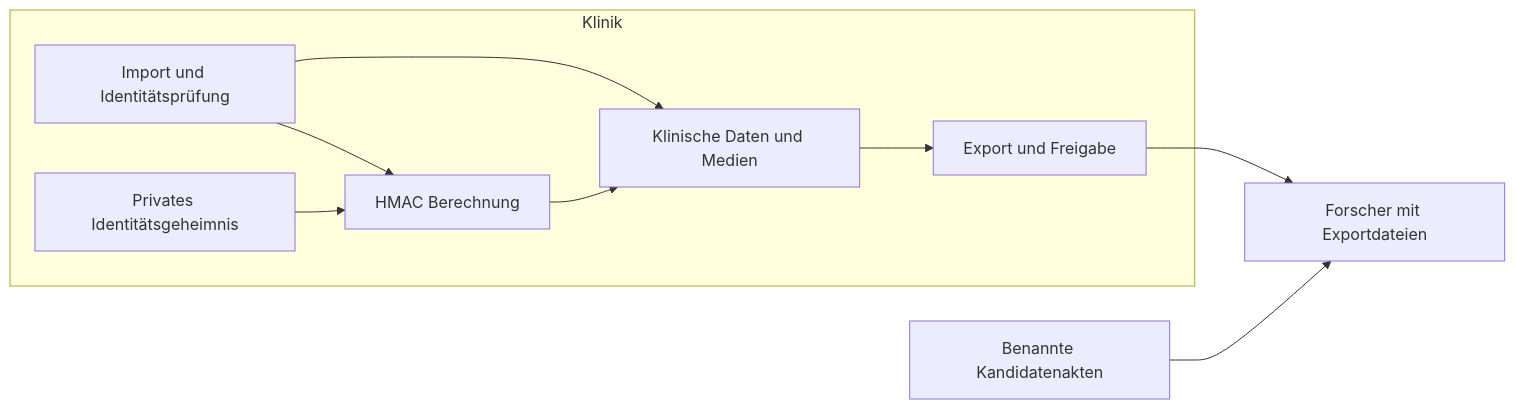
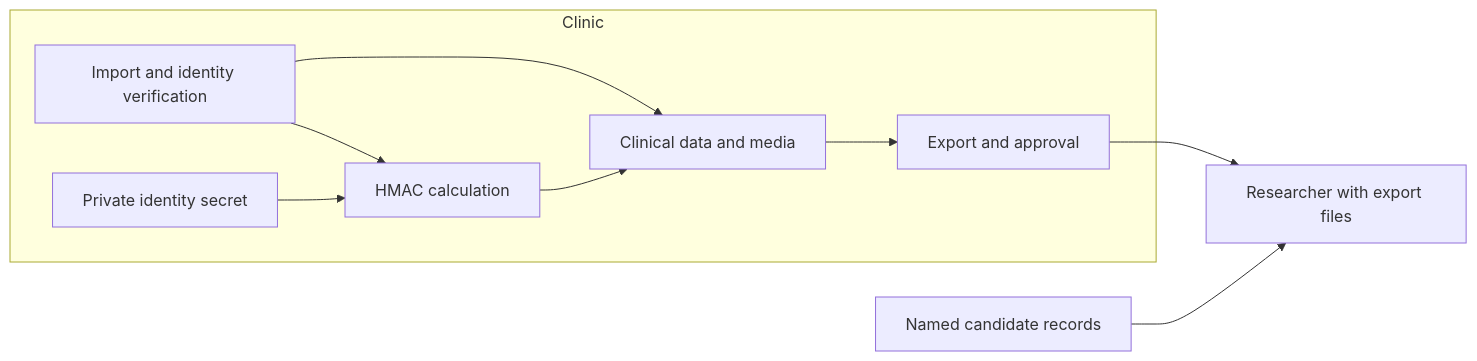
One commit to wg-lux/endoreg-db changed the diagram in docs/endoreg-db-threat-model.md. Above: the diagram before and after it, drawn with Mermaid. The commit also changed other lines of this file and 129 other files, not shown here.

````diff
--- a/docs/endoreg-db-threat-model.md
+++ b/docs/endoreg-db-threat-model.md
@@ -89,12 +82,12 @@
 ```mermaid
 flowchart LR
-  subgraph Klinik
-    A["Import und Identitätsprüfung"] --> B["Klinische Daten und Medien"]
-    K["Privates Identitätsgeheimnis"] --> H["HMAC Berechnung"]
+  subgraph Clinic
+    A["Import and identity verification"] --> B["Clinical data and media"]
+    K["Private identity secret"] --> H["HMAC calculation"]
     A --> H
     H --> B
-    B --> E["Export und Freigabe"]
+    B --> E["Export and approval"]
   end
-  E --> R["Forscher mit Exportdateien"]
-  C["Benannte Kandidatenakten"] --> R
+  E --> R["Researcher with export files"]
+  C["Named candidate records"] --> R
 ```
````
